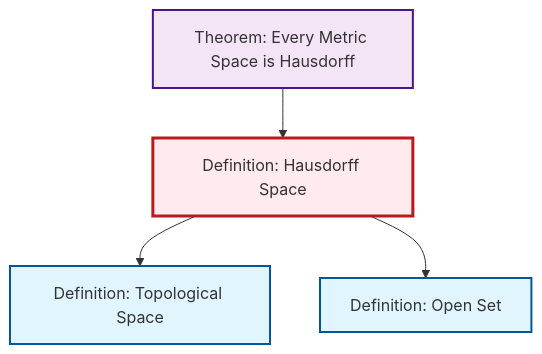
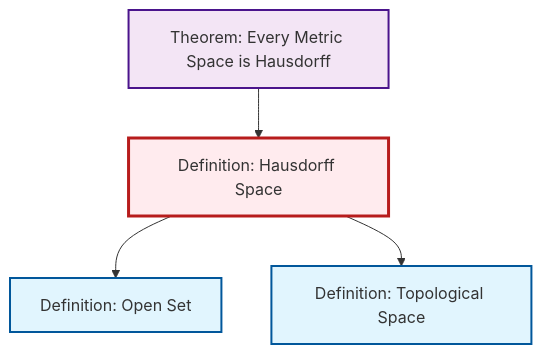
One commit to RK0429/ModernMath changed the diagram in content/ja/topology/def-hausdorff.qmd. Above: the diagram before and after it, drawn with Mermaid. The commit also changed other lines of this file and 417 other files, not shown here.

````diff
--- a/content/ja/topology/def-hausdorff.qmd
+++ b/content/ja/topology/def-hausdorff.qmd
@@ -54,20 +54,20 @@
 ```{mermaid}
 %%| fig-cap: "Local dependency graph"
 graph TD
     classDef definition fill:#e1f5fe,stroke:#01579b,stroke-width:2px
     classDef theorem fill:#f3e5f5,stroke:#4a148c,stroke-width:2px
     classDef axiom fill:#fff3e0,stroke:#e65100,stroke-width:2px
     classDef example fill:#e8f5e9,stroke:#1b5e20,stroke-width:2px
     classDef current fill:#ffebee,stroke:#b71c1c,stroke-width:3px
+    def-topological-space["Definition: Topological Space"]:::definition
     thm-metric-hausdorff["Theorem: Every Metric Space is Hausdorff"]:::theorem
-    def-topological-space["Definition: Topological Space"]:::definition
     def-hausdorff["Definition: Hausdorff Space"]:::definition
     def-open-set["Definition: Open Set"]:::definition
+    def-hausdorff --> def-open-set
+    def-hausdorff --> def-topological-space
     thm-metric-hausdorff --> def-hausdorff
-    def-hausdorff --> def-topological-space
-    def-hausdorff --> def-open-set
     class def-hausdorff current
+    click def-topological-space "def-topological-space.html" "Definition: Topological Spaceへ"
     click thm-metric-hausdorff "thm-metric-hausdorff.html" "Theorem: Every Metric Space is Hausdorffへ"
-    click def-topological-space "def-topological-space.html" "Definition: Topological Spaceへ"
     click def-open-set "def-open-set.html" "Definition: Open Setへ"
 ```
````
